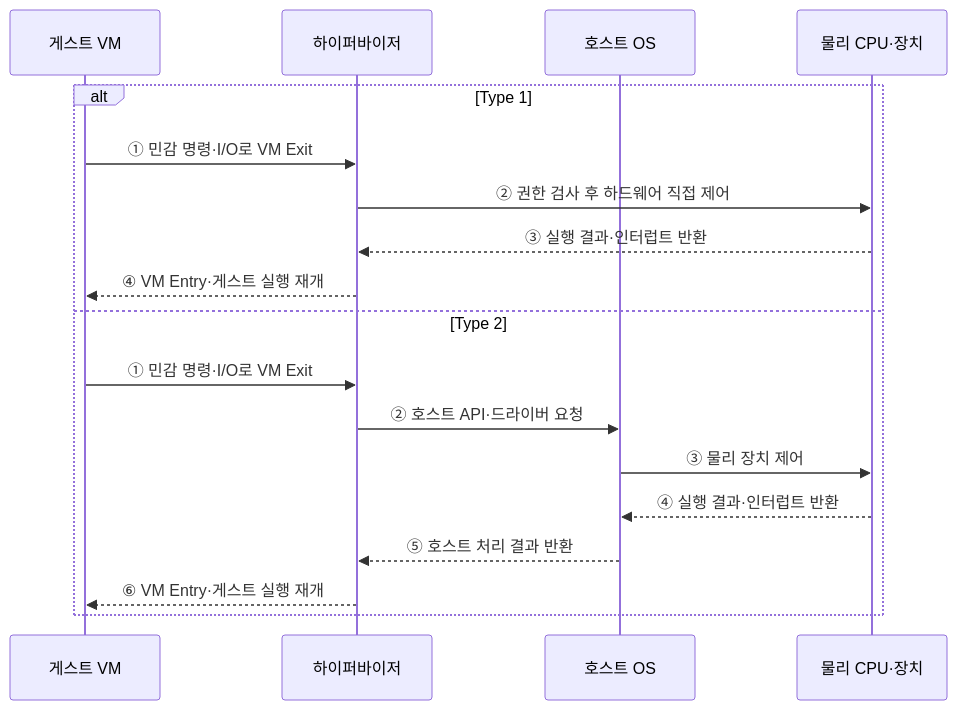
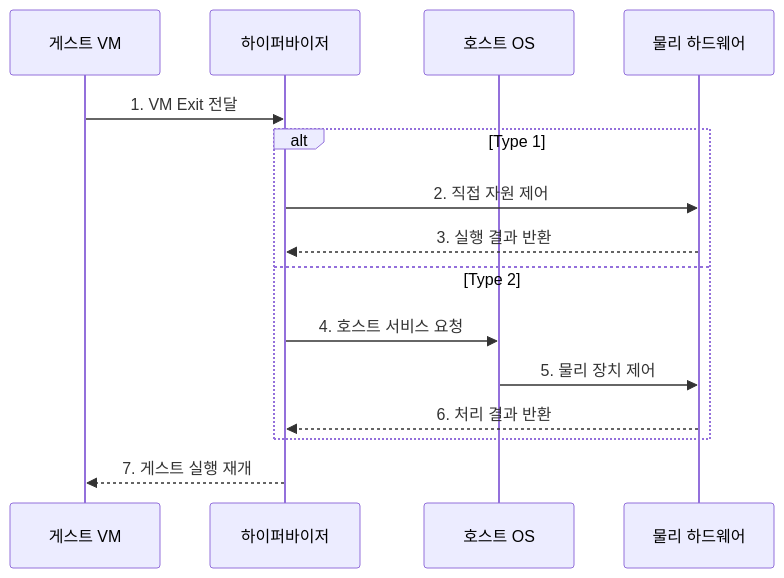
Before and after one commit to agnusdei1207/knowledge-base: the second of 2 diagrams in src/content/docs/notes/03-software/018_virtualization_hypervisor.md, drawn with Mermaid. The commit also changed other lines of this file and 20 other files, not shown here.

````diff
--- a/src/content/docs/notes/03-software/018_virtualization_hypervisor.md
+++ b/src/content/docs/notes/03-software/018_virtualization_hypervisor.md
@@ -91,21 +95,17 @@
 ```mermaid
 sequenceDiagram
     participant G as 게스트 VM
     participant H as 하이퍼바이저
     participant O as 호스트 OS
-    participant P as 물리 CPU·장치
-
+    participant P as 물리 하드웨어
+    G->>H: 1. VM Exit 전달
     alt Type 1
-        G->>H: ① 민감 명령·I/O로 VM Exit
-        H->>P: ② 권한 검사 후 하드웨어 직접 제어
-        P-->>H: ③ 실행 결과·인터럽트 반환
-        H-->>G: ④ VM Entry·게스트 실행 재개
+        H->>P: 2. 직접 자원 제어
+        P-->>H: 3. 실행 결과 반환
     else Type 2
-        G->>H: ① 민감 명령·I/O로 VM Exit
-        H->>O: ② 호스트 API·드라이버 요청
-        O->>P: ③ 물리 장치 제어
-        P-->>O: ④ 실행 결과·인터럽트 반환
-        O-->>H: ⑤ 호스트 처리 결과 반환
-        H-->>G: ⑥ VM Entry·게스트 실행 재개
+        H->>O: 4. 호스트 서비스 요청
+        O->>P: 5. 물리 장치 제어
+        P-->>H: 6. 처리 결과 반환
     end
+    H-->>G: 7. 게스트 실행 재개
 ```
````
